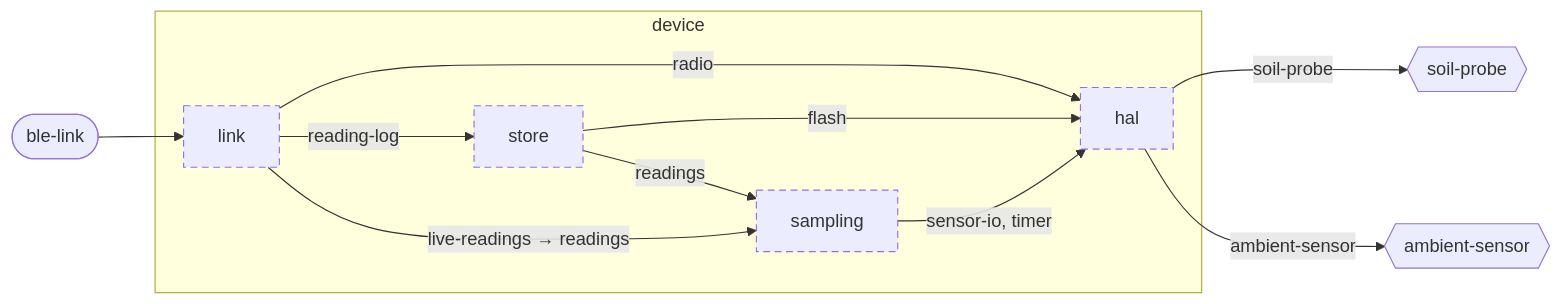
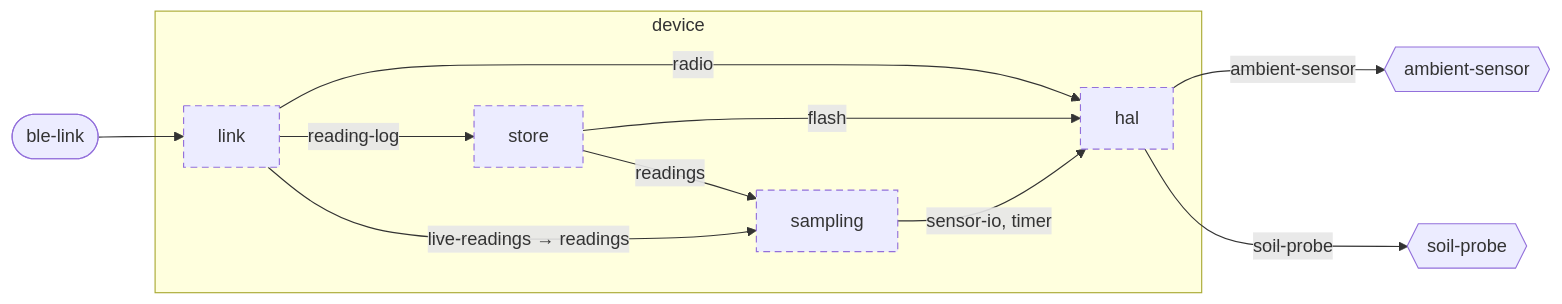
Before and after one commit to wackazong/unifold: the diagram in examples/plantwatch/device/docs/diagrams/component.md, drawn with Mermaid. The commit also changed other lines of this file and 26 other files, not shown here.

````diff
--- a/examples/plantwatch/device/docs/diagrams/component.md
+++ b/examples/plantwatch/device/docs/diagrams/component.md
@@ -8,26 +8,26 @@
 ```mermaid
 flowchart LR
   subgraph u_device["device"]
     u_device__hal["hal"]
     u_device__link["link"]
     u_device__sampling["sampling"]
     u_device__store["store"]
   end
+  n_device___ambient_dsensor{{"ambient-sensor"}}
   n_device___soil_dprobe{{"soil-probe"}}
-  n_device___ambient_dsensor{{"ambient-sensor"}}
   p_device___ble_dlink(["ble-link"])
   u_device__sampling -->|"sensor-io, timer"| u_device__hal
   u_device__store -->|"flash"| u_device__hal
   u_device__store -->|"readings"| u_device__sampling
   u_device__link -->|"radio"| u_device__hal
   u_device__link -->|"reading-log"| u_device__store
   u_device__link -->|"live-readings → readings"| u_device__sampling
+  u_device__hal -->|"ambient-sensor"| n_device___ambient_dsensor
   u_device__hal -->|"soil-probe"| n_device___soil_dprobe
-  u_device__hal -->|"ambient-sensor"| n_device___ambient_dsensor
   p_device___ble_dlink --> u_device__link
   classDef focus stroke-width:4px
   classDef planned stroke-dasharray:6 4
   classDef deprecated stroke-dasharray:2 2,opacity:0.6
   classDef plain stroke-dasharray:2 3
   class u_device__hal,u_device__link,u_device__sampling,u_device__store planned
 ```
````
